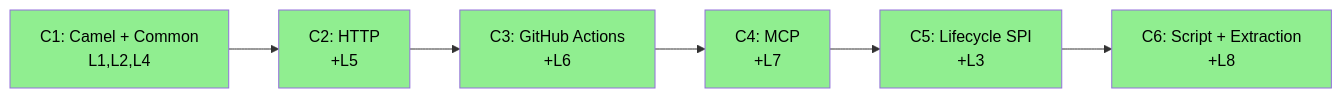
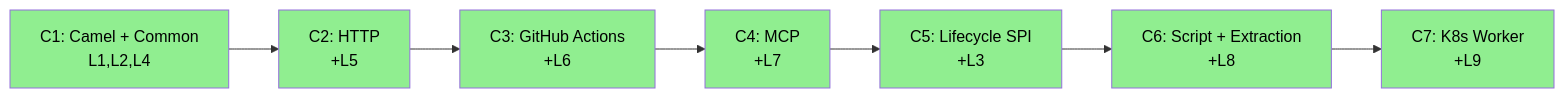
Before and after one commit to casehubio/workers: the fifth of 5 diagrams in ARC42STORIES.MD, drawn with Mermaid. The commit also changed other lines of this file and 24 other files, not shown here.

````diff
--- a/ARC42STORIES.MD
+++ b/ARC42STORIES.MD
@@ -331,14 +340,16 @@
 ```mermaid
 flowchart LR
   C1["C1: Camel + Common\nL1,L2,L4"] --> C2["C2: HTTP\n+L5"]
   C2 --> C3["C3: GitHub Actions\n+L6"]
   C3 --> C4["C4: MCP\n+L7"]
   C4 --> C5["C5: Lifecycle SPI\n+L3"]
   C5 --> C6["C6: Script + Extraction\n+L8"]
+  C6 --> C7["C7: K8s Worker\n+L9"]
   style C1 fill:#90EE90,color:#000
   style C2 fill:#90EE90,color:#000
   style C3 fill:#90EE90,color:#000
   style C4 fill:#90EE90,color:#000
   style C5 fill:#90EE90,color:#000
   style C6 fill:#90EE90,color:#000
+  style C7 fill:#90EE90,color:#000
 ```
````
